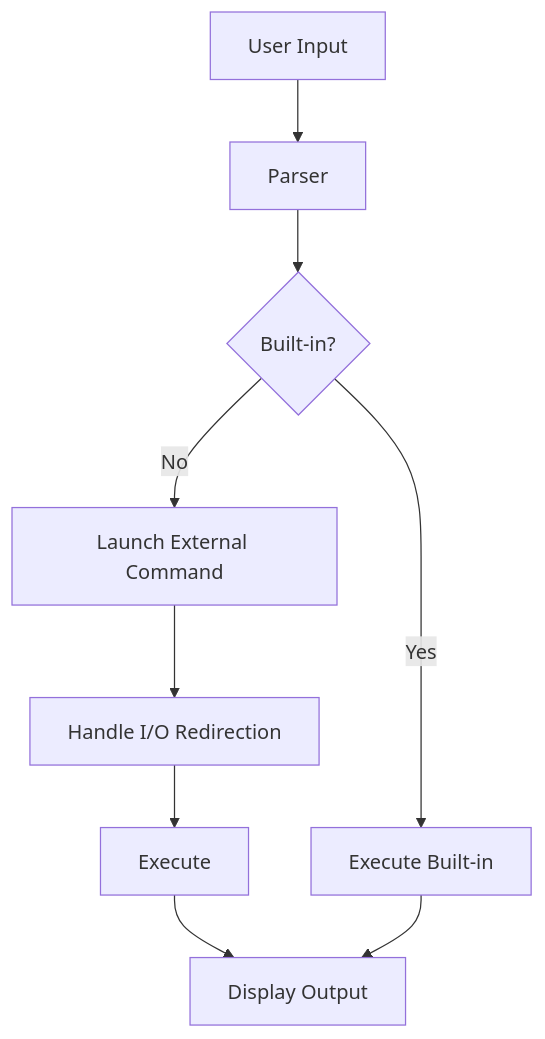
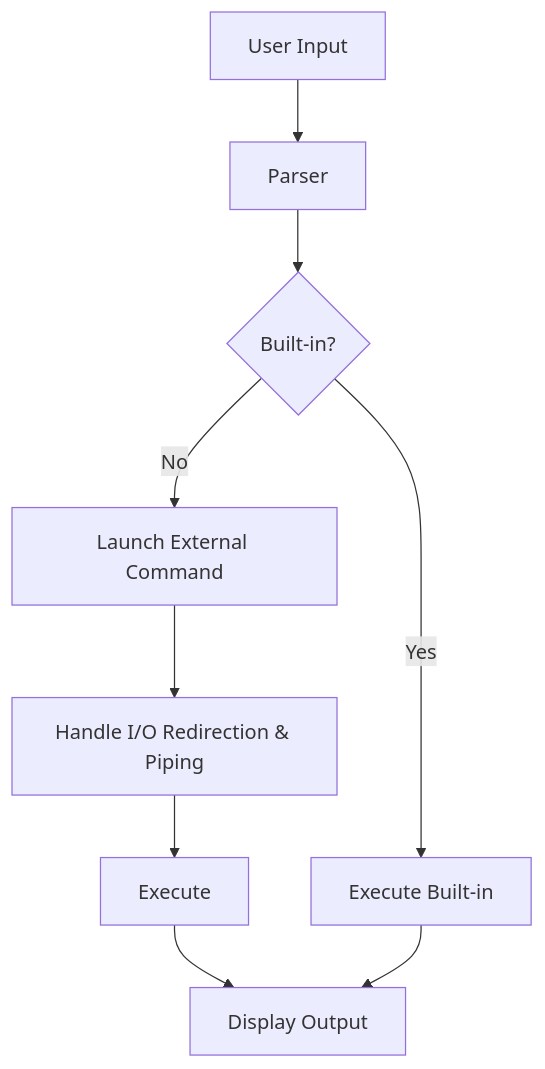
One commit to apaar0001/MiniShell changed the diagram in README.md. Above: the diagram before and after it, drawn with Mermaid. The commit also changed other lines of this file, not shown here.

````diff
--- a/README.md
+++ b/README.md
@@ -59,11 +62,11 @@
 ```mermaid
 graph TD;
     A[User Input] --> B[Parser];
     B --> C{Built-in?};
     C -- Yes --> D[Execute Built-in];
     C -- No --> E[Launch External Command];
-    E --> F[Handle I/O Redirection];
+    E --> F[Handle I/O Redirection & Piping];
     F --> G[Execute];
     G --> H[Display Output];
     D --> H;
 ```
````
